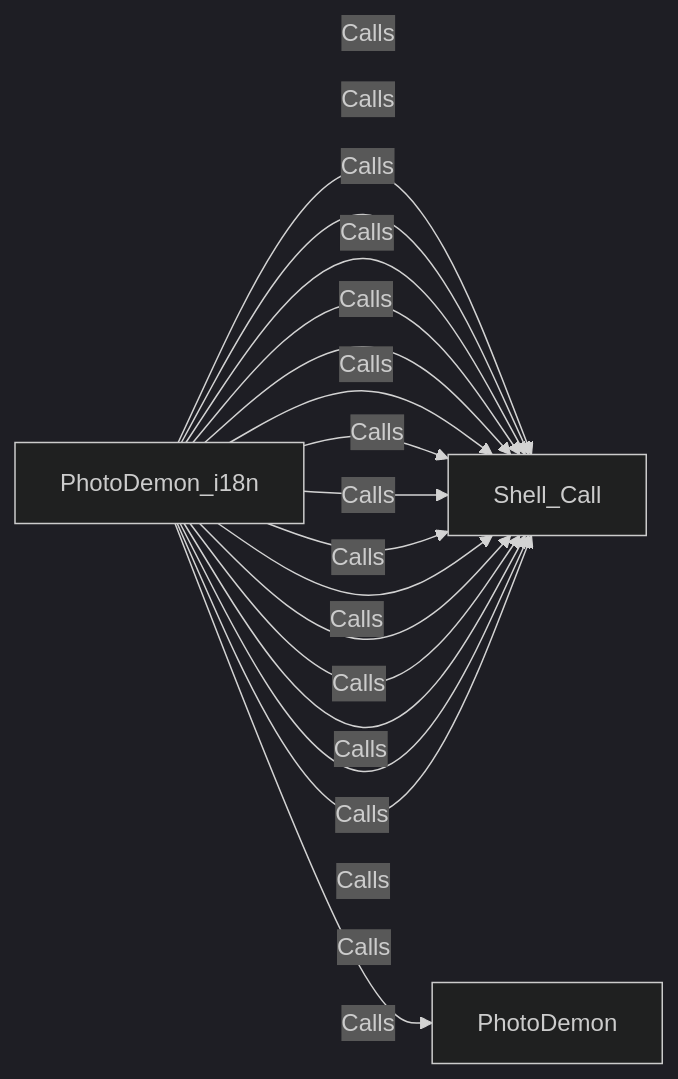
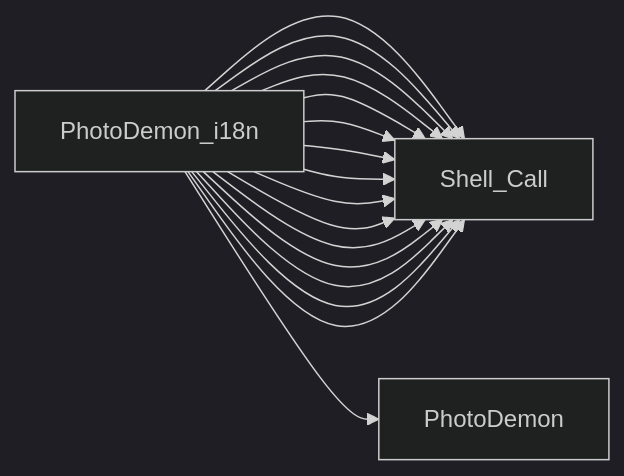
Before and after one commit to wmwang/suck_codex: the diagram in legacy_linker/wiki_output/docs/PhotoDemon_i18n.md, drawn with Mermaid (dark theme). The commit also changed 10 other files, not shown here.

Commit message:
Add mermaid support for Markdown wik

````diff
--- a/legacy_linker/wiki_output/docs/PhotoDemon_i18n.md
+++ b/legacy_linker/wiki_output/docs/PhotoDemon_i18n.md
@@ -45,20 +45,20 @@
 ```mermaid
 graph LR
-  Current[PhotoDemon_i18n]
-  Current --> |Calls| ShellCall[Shell_Call]
-  Current --> |Calls| PhotoDemon[PhotoDemon]
-  Current --> |Calls| ShellCall[Shell_Call]
-  Current --> |Calls| ShellCall[Shell_Call]
-  Current --> |Calls| ShellCall[Shell_Call]
-  Current --> |Calls| ShellCall[Shell_Call]
-  Current --> |Calls| ShellCall[Shell_Call]
-  Current --> |Calls| ShellCall[Shell_Call]
-  Current --> |Calls| ShellCall[Shell_Call]
-  Current --> |Calls| ShellCall[Shell_Call]
-  Current --> |Calls| ShellCall[Shell_Call]
-  Current --> |Calls| ShellCall[Shell_Call]
-  Current --> |Calls| ShellCall[Shell_Call]
-  Current --> |Calls| ShellCall[Shell_Call]
-  Current --> |Calls| ShellCall[Shell_Call]
-  Current --> |Calls| ShellCall[Shell_Call]
+  Current["PhotoDemon_i18n"]
+  Current --> ShellCall["Shell_Call"]
+  Current --> PhotoDemon["PhotoDemon"]
+  Current --> ShellCall["Shell_Call"]
+  Current --> ShellCall["Shell_Call"]
+  Current --> ShellCall["Shell_Call"]
+  Current --> ShellCall["Shell_Call"]
+  Current --> ShellCall["Shell_Call"]
+  Current --> ShellCall["Shell_Call"]
+  Current --> ShellCall["Shell_Call"]
+  Current --> ShellCall["Shell_Call"]
+  Current --> ShellCall["Shell_Call"]
+  Current --> ShellCall["Shell_Call"]
+  Current --> ShellCall["Shell_Call"]
+  Current --> ShellCall["Shell_Call"]
+  Current --> ShellCall["Shell_Call"]
+  Current --> ShellCall["Shell_Call"]
 ```
````
